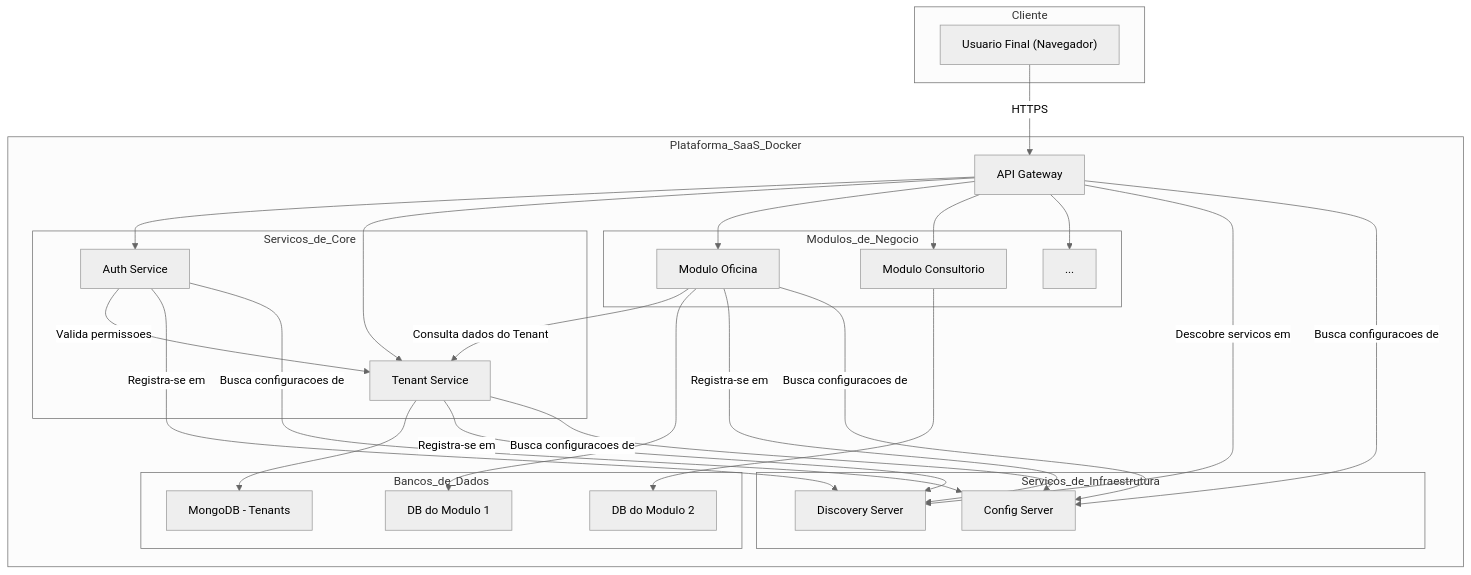
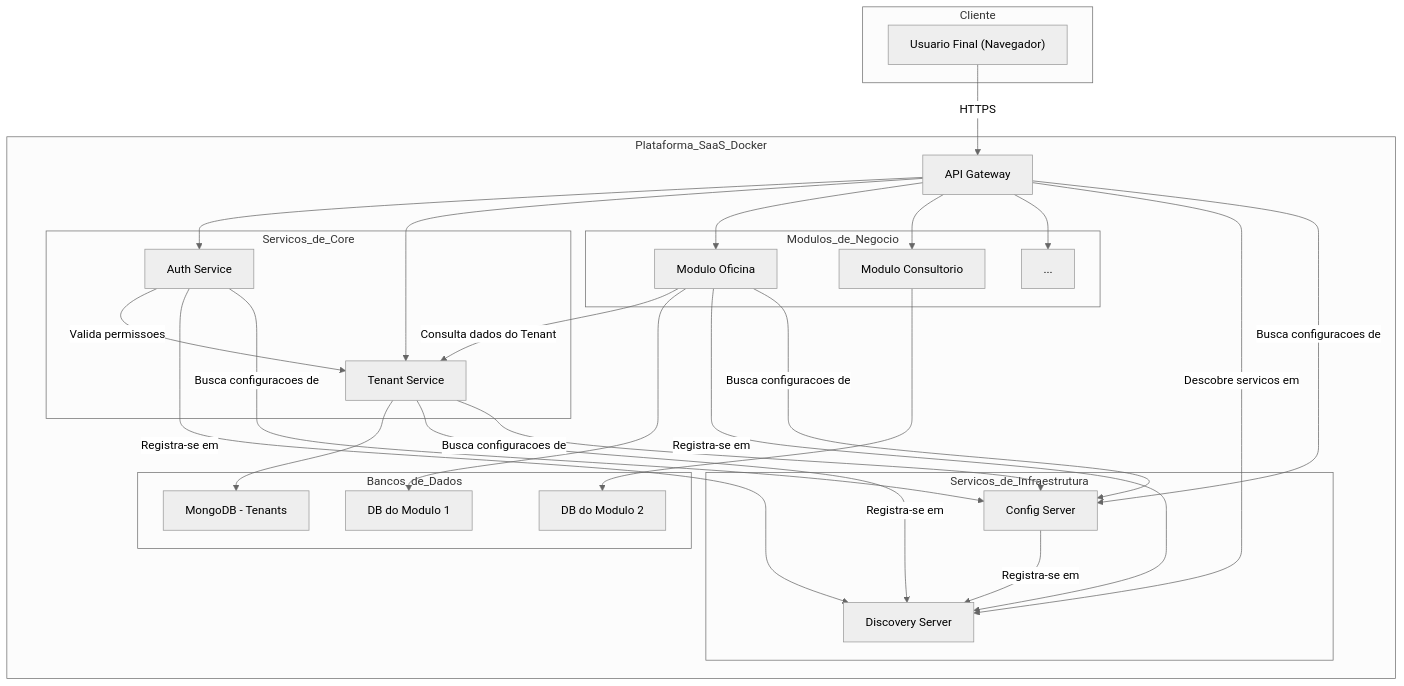
Before and after one commit to Augusto-Lucas-Sistemas/plataforma: the diagram in README.md, drawn with Mermaid (neutral theme). The commit also changed other lines of this file and 18 other files, not shown here.

````diff
--- a/README.md
+++ b/README.md
@@ -25,58 +25,59 @@
 ```mermaid
 graph TD
     subgraph Cliente
         U["Usuario Final (Navegador)"]
     end
 
     subgraph Plataforma_SaaS_Docker
         G["API Gateway"]
 
         subgraph Servicos_de_Core
             AS["Auth Service"]
             TS["Tenant Service"]
         end
 
         subgraph Modulos_de_Negocio
             M1["Modulo Oficina"]
             M2["Modulo Consultorio"]
             M3["..."]
         end
 
         subgraph Servicos_de_Infraestrutura
             DS["Discovery Server"]
             CS["Config Server"]
         end
 
         subgraph Bancos_de_Dados
             DB_TS["MongoDB - Tenants"]
             DB_M1["DB do Modulo 1"]
             DB_M2["DB do Modulo 2"]
         end
     end
 
     %% Conexoes
     U -- HTTPS --> G
 
     G --> AS
     G --> TS
     G --> M1
     G --> M2
     G --> M3
 
     AS -- "Valida permissoes" --> TS
     M1 -- "Consulta dados do Tenant" --> TS
 
     TS --> DB_TS
     M1 --> DB_M1
     M2 --> DB_M2
 
     AS -- "Registra-se em" --> DS
     TS -- "Registra-se em" --> DS
     M1 -- "Registra-se em" --> DS
     G -- "Descobre servicos em" --> DS
+    CS -- "Registra-se em" --> DS
 
     AS -- "Busca configuracoes de" --> CS
     TS -- "Busca configuracoes de" --> CS
     M1 -- "Busca configuracoes de" --> CS
     G -- "Busca configuracoes de" --> CS
 ```
````
